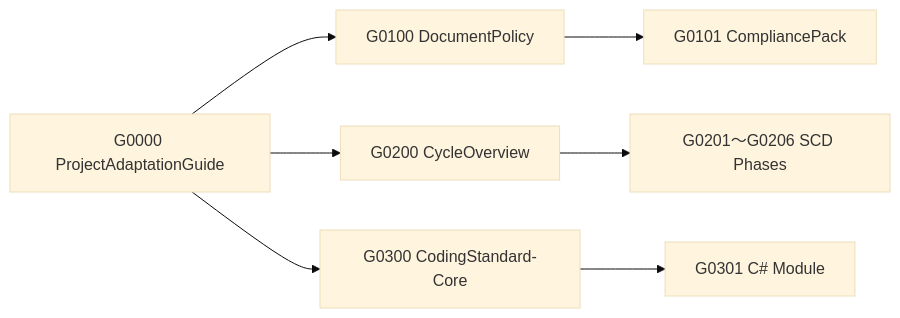
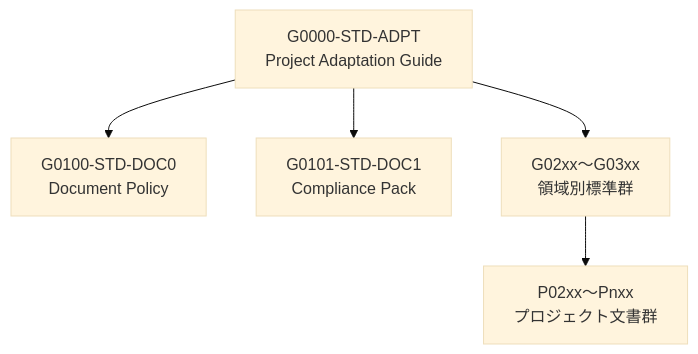
The diagram in 0-standards/0-adpt/G0000-STD-ADPT-ProjectAdaptationGuide.md (tkoba0410/DocFoundry), drawn with Mermaid (base theme) before and after one commit. The commit also changed other lines of this file and 7 other files, not shown here.

````diff
--- a/0-standards/0-adpt/G0000-STD-ADPT-ProjectAdaptationGuide.md
+++ b/0-standards/0-adpt/G0000-STD-ADPT-ProjectAdaptationGuide.md
@@ -70,9 +50,7 @@
 ```mermaid
-flowchart LR
-  A[G0000 ProjectAdaptationGuide] --> B[G0100 DocumentPolicy]
-  A --> C[G0200 CycleOverview]
-  A --> D[G0300 CodingStandard-Core]
-  B --> E[G0101 CompliancePack]
-  C --> F[G0201〜G0206 SCD Phases]
-  D --> G[G0301 C# Module]
+graph TD
+  A[G0000-STD-ADPT<br>Project Adaptation Guide] --> B[G0100-STD-DOC0<br>Document Policy]
+  A --> C[G0101-STD-DOC1<br>Compliance Pack]
+  A --> D[G02xx〜G03xx<br>領域別標準群]
+  D --> E[P02xx〜Pnxx<br>プロジェクト文書群]
 ```
````
